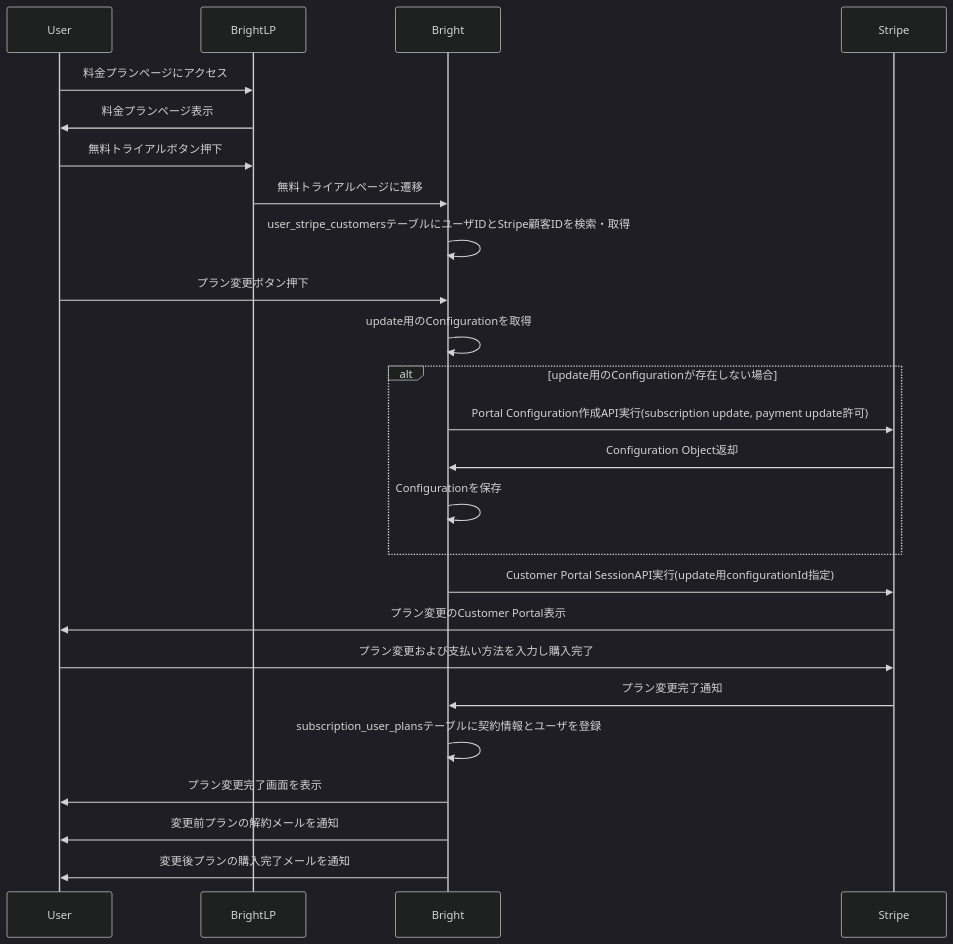
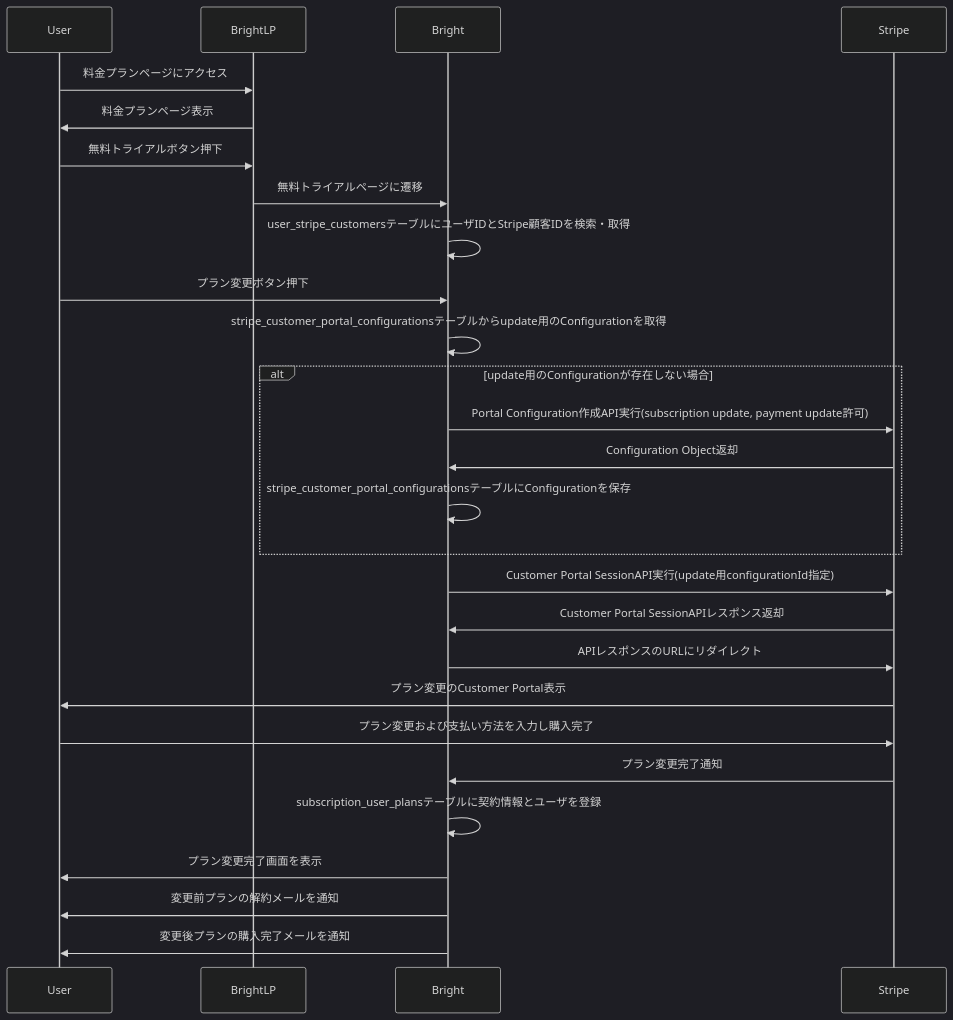
Before and after one commit to bright-org/bright: the ninth of 11 diagrams in docs/logics/subscription.md, drawn with Mermaid (dark theme). The commit also changed other lines of this file, not shown here.

Commit message:
決済関連の設計ドキュメント作成 - シーケンス図の修正

````diff
--- a/docs/logics/subscription.md
+++ b/docs/logics/subscription.md
@@ -198,28 +237,30 @@
 ```mermaid
 sequenceDiagram
     participant User
     participant BrightLP
     participant Bright
     participant Stripe
 
     User ->> BrightLP: 料金プランページにアクセス
     BrightLP ->> User: 料金プランページ表示
     User ->> BrightLP: 無料トライアルボタン押下
     BrightLP ->> Bright: 無料トライアルページに遷移
     Bright ->> Bright: user_stripe_customersテーブルにユーザIDとStripe顧客IDを検索・取得
     User ->> Bright: プラン変更ボタン押下
-    Bright ->> Bright: update用のConfigurationを取得
+    Bright ->> Bright: stripe_customer_portal_configurationsテーブルからupdate用のConfigurationを取得
     alt update用のConfigurationが存在しない場合
         Bright ->> Stripe: Portal Configuration作成API実行(subscription update, payment update許可)
         Stripe ->> Bright: Configuration Object返却
-        Bright ->> Bright: Configurationを保存
+        Bright ->> Bright: stripe_customer_portal_configurationsテーブルにConfigurationを保存
     end
     Bright ->> Stripe: Customer Portal SessionAPI実行(update用configurationId指定)
+    Stripe ->> Bright: Customer Portal SessionAPIレスポンス返却
+    Bright ->> Stripe: APIレスポンスのURLにリダイレクト
     Stripe ->> User: プラン変更のCustomer Portal表示
     User ->> Stripe: プラン変更および支払い方法を入力し購入完了
     Stripe ->> Bright: プラン変更完了通知
     Bright ->> Bright: subscription_user_plansテーブルに契約情報とユーザを登録
     Bright ->> User: プラン変更完了画面を表示
     Bright ->> User: 変更前プランの解約メールを通知
     Bright ->> User: 変更後プランの購入完了メールを通知
 ```
````
